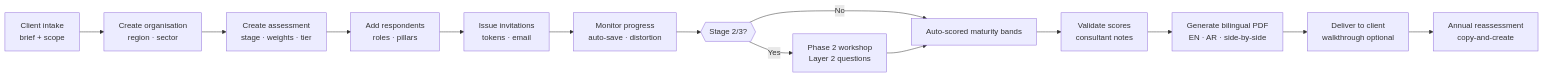
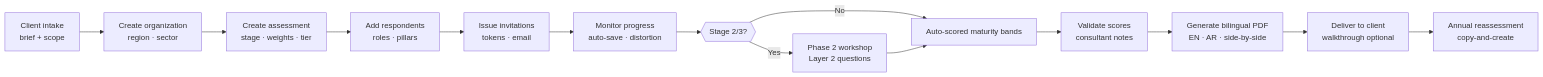
Before and after one commit to AimanSadeq/vifm-assessment-center: the first of 3 diagrams in docs/user-guide-ara.md, drawn with Mermaid. The commit also changed 22 other files, not shown here.

````diff
--- a/docs/user-guide-ara.md
+++ b/docs/user-guide-ara.md
@@ -56,16 +56,16 @@
 ```mermaid
 flowchart LR
-  A[Client intake<br/>brief + scope] --> B[Create organisation<br/>region · sector]
+  A[Client intake<br/>brief + scope] --> B[Create organization<br/>region · sector]
   B --> C[Create assessment<br/>stage · weights · tier]
   C --> D[Add respondents<br/>roles · pillars]
   D --> E[Issue invitations<br/>tokens · email]
   E --> F[Monitor progress<br/>auto-save · distortion]
   F --> G{{Stage 2/3?}}
   G -->|Yes| H[Phase 2 workshop<br/>Layer 2 questions]
   G -->|No| I[Auto-scored maturity bands]
   H --> I
   I --> J[Validate scores<br/>consultant notes]
   J --> K[Generate bilingual PDF<br/>EN · AR · side-by-side]
   K --> L[Deliver to client<br/>walkthrough optional]
   L --> M[Annual reassessment<br/>copy-and-create]
 ```
````
